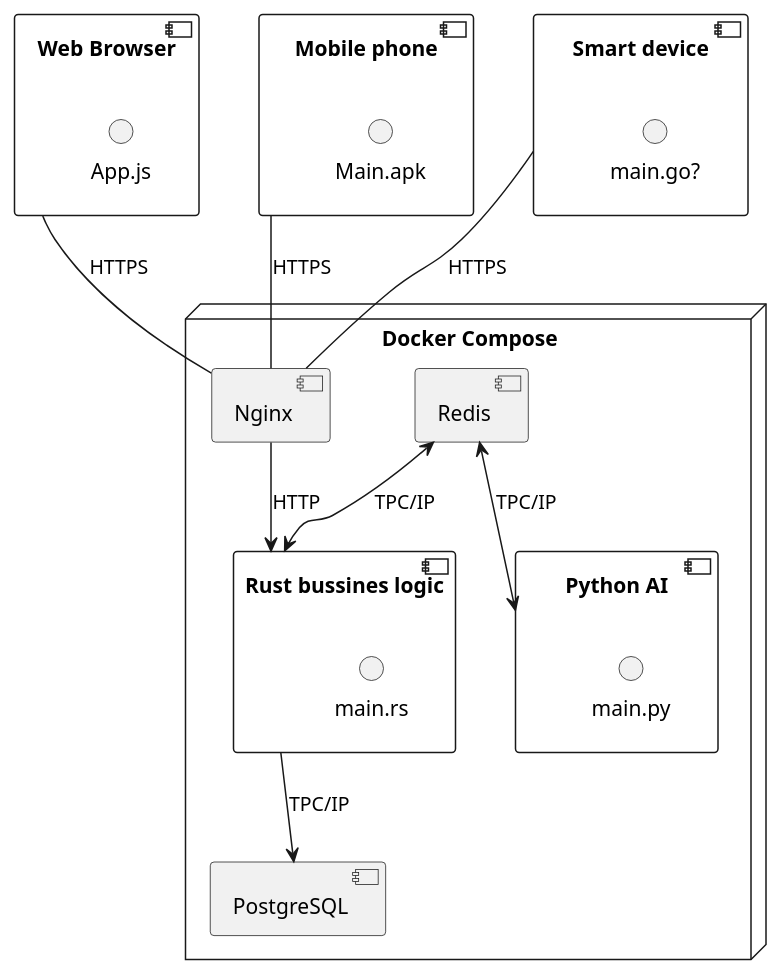
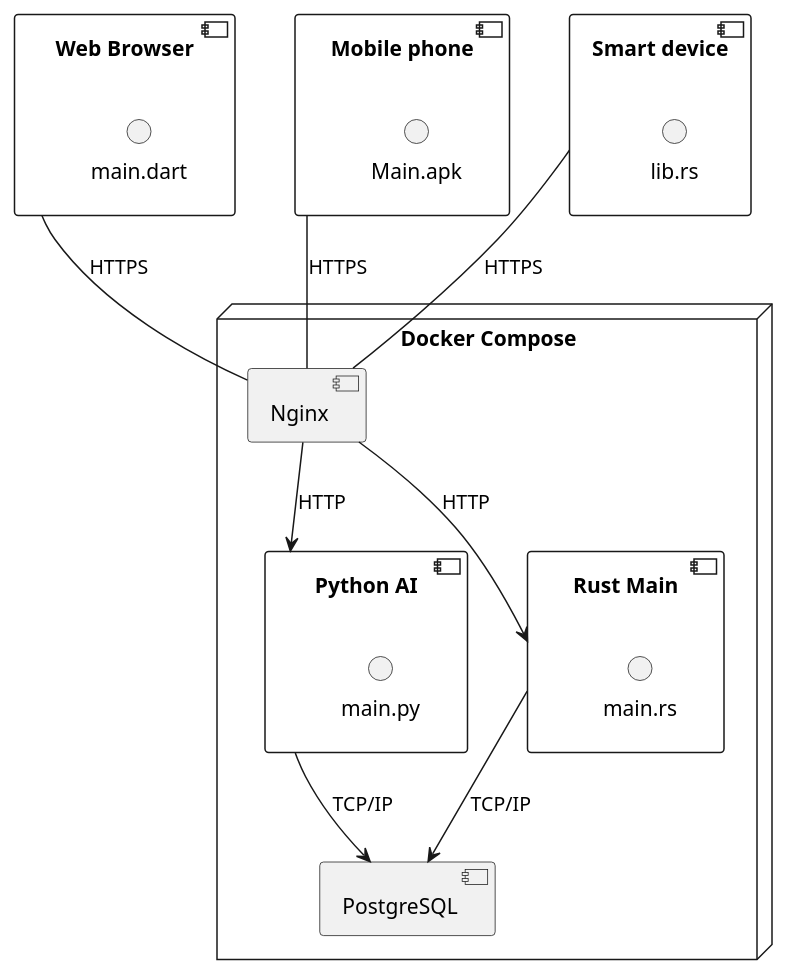
One commit to NureSorokinVadym/apz-pzpi-21-4-sorokin-vadym changed the diagram in Task2/docs/puml/server.puml. Above: the diagram before and after it, drawn with PlantUML. The commit also changed 50 other files, not shown here.

```diff
--- a/Task2/docs/puml/server.puml
+++ b/Task2/docs/puml/server.puml
@@ -1,37 +1,36 @@
 @startuml
 
 node "Docker Compose" as Server {
     [PostgreSQL]
-    [Redis]
     [Nginx]
 
     component "Python AI" as Python {
      () "main.py"
     } 
-    component "Rust bussines logic" as Rust {
+    component "Rust Main" as Rust {
      () "main.rs"
     }
 }
 
 [Nginx] --> [Rust]: HTTP
-[Rust] --> [PostgreSQL]: TPC/IP
-[Redis] <--> [Python]: TPC/IP
-[Redis] <--> [Rust]: TPC/IP
+[Nginx] --> [Python]: HTTP
+[Rust] --> [PostgreSQL]: TCP/IP
+[Python] --> [PostgreSQL]: TCP/IP
 
 component "Web Browser" as Web {
-    () "App.js"
+    () "main.dart"
 }
 
 component "Mobile phone" as Phone {
     () "Main.apk"
 }
 
 component "Smart device" as IoT {
-    () "main.go?"
+    () "lib.rs"
 }
 
 IoT -- Nginx: HTTPS
 Web -- Nginx: HTTPS
 Phone -- Nginx: HTTPS
 
 @enduml
```
